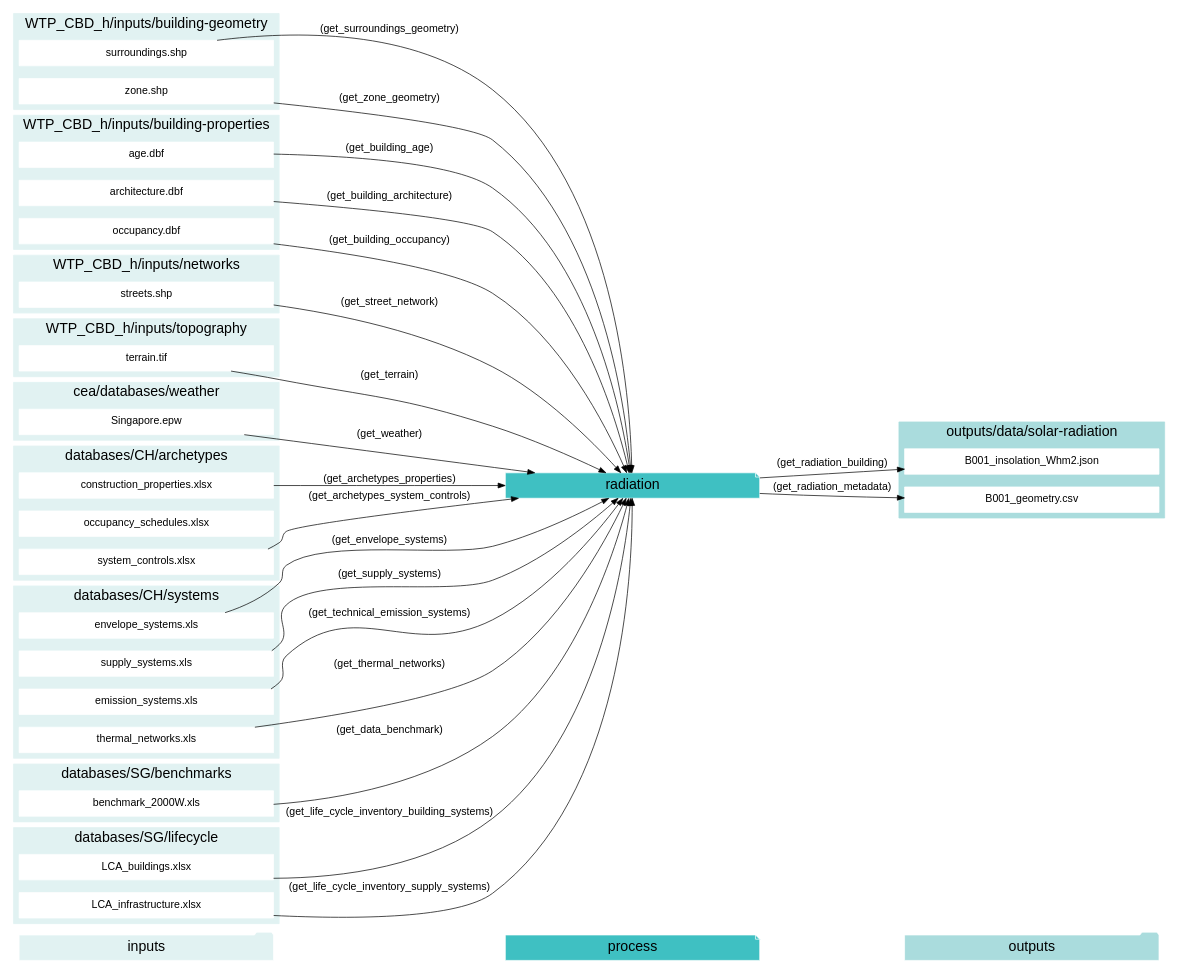
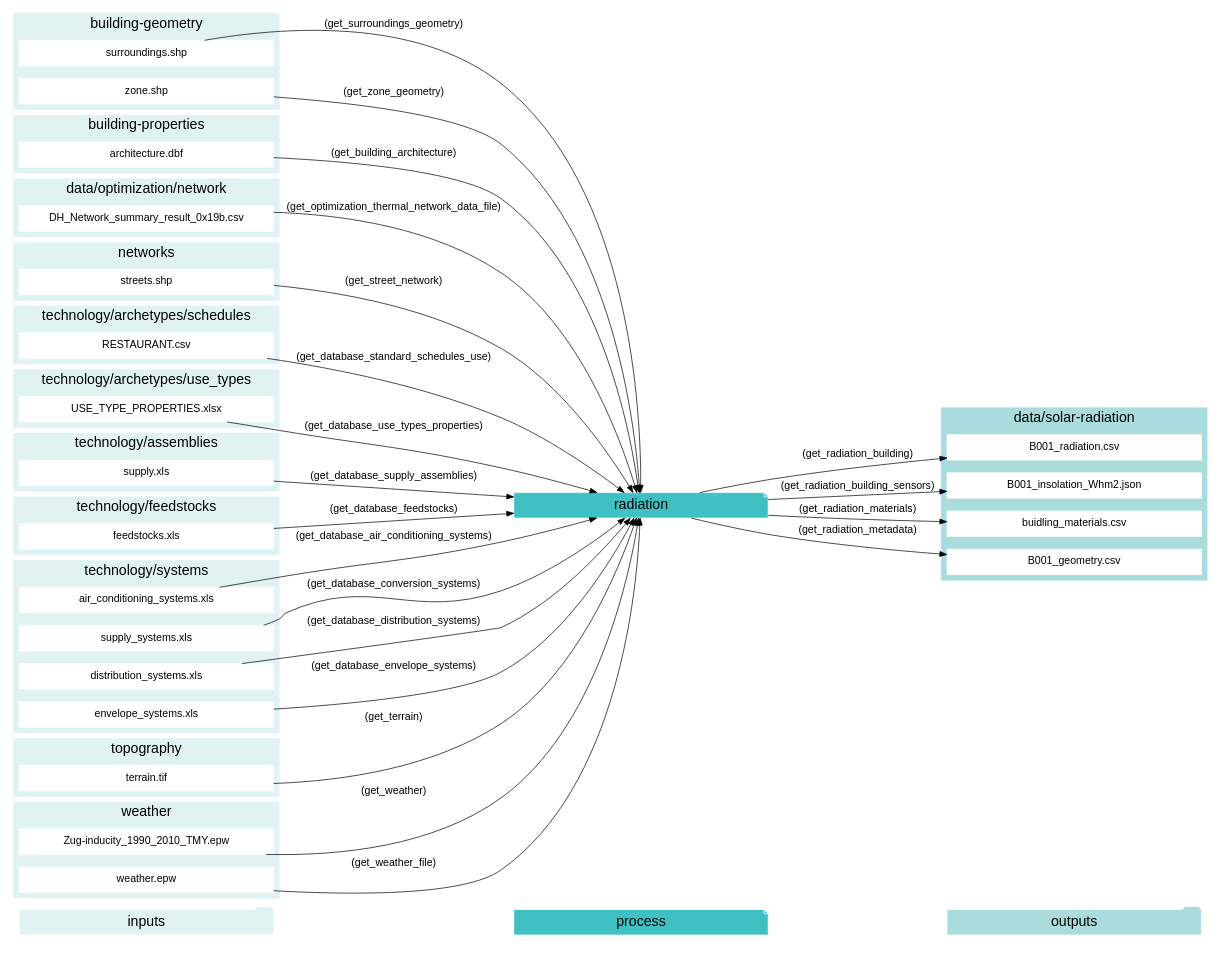
Before and after one commit to architecture-building-systems/CityEnergyAnalyst: diagram 19 of 20 in docs/script-data-flow.rst, drawn with Graphviz. The commit also changed other lines of this file and 24 other files, not shown here.

```diff
--- a/docs/script-data-flow.rst
+++ b/docs/script-data-flow.rst
@@ -1485,7 +2839,7 @@
         color = "#E1F2F2";
         fontsize = 20;
         rank=same;
-        label="WTP_CBD_h/inputs/building-geometry";
+        label="building-geometry";
         "surroundings.shp"
         "zone.shp"
     }
@@ -1494,99 +2848,114 @@
         color = "#E1F2F2";
         fontsize = 20;
         rank=same;
-        label="WTP_CBD_h/inputs/building-properties";
-        "age.dbf"
+        label="building-properties";
         "architecture.dbf"
-        "occupancy.dbf"
     }
     subgraph cluster_2_in {
         style = filled;
         color = "#E1F2F2";
         fontsize = 20;
         rank=same;
-        label="WTP_CBD_h/inputs/networks";
-        "streets.shp"
+        label="data/optimization/network";
+        "DH_Network_summary_result_0x19b.csv"
     }
-    subgraph cluster_3_in {
+    subgraph cluster_3_out {
         style = filled;
-        color = "#E1F2F2";
+        color = "#aadcdd";
         fontsize = 20;
         rank=same;
-        label="WTP_CBD_h/inputs/topography";
-        "terrain.tif"
+        label="data/solar-radiation";
+        "B001_radiation.csv"
+        "B001_insolation_Whm2.json"
+        "buidling_materials.csv"
+        "B001_geometry.csv"
     }
     subgraph cluster_4_in {
         style = filled;
         color = "#E1F2F2";
         fontsize = 20;
         rank=same;
-        label="cea/databases/weather";
-        "Singapore.epw"
+        label="networks";
+        "streets.shp"
     }
     subgraph cluster_5_in {
         style = filled;
         color = "#E1F2F2";
         fontsize = 20;
         rank=same;
-        label="databases/CH/archetypes";
-        "construction_properties.xlsx"
-        "occupancy_schedules.xlsx"
-        "system_controls.xlsx"
+        label="technology/archetypes/schedules";
+        "RESTAURANT.csv"
     }
     subgraph cluster_6_in {
         style = filled;
         color = "#E1F2F2";
         fontsize = 20;
         rank=same;
-        label="databases/CH/systems";
-        "envelope_systems.xls"
-        "supply_systems.xls"
-        "emission_systems.xls"
-        "thermal_networks.xls"
+        label="technology/archetypes/use_types";
+        "USE_TYPE_PROPERTIES.xlsx"
     }
     subgraph cluster_7_in {
         style = filled;
         color = "#E1F2F2";
         fontsize = 20;
         rank=same;
-        label="databases/SG/benchmarks";
-        "benchmark_2000W.xls"
+        label="technology/assemblies";
+        "supply.xls"
     }
     subgraph cluster_8_in {
         style = filled;
         color = "#E1F2F2";
         fontsize = 20;
         rank=same;
-        label="databases/SG/lifecycle";
-        "LCA_buildings.xlsx"
-        "LCA_infrastructure.xlsx"
+        label="technology/feedstocks";
+        "feedstocks.xls"
     }
-    subgraph cluster_9_out {
+    subgraph cluster_9_in {
         style = filled;
-        color = "#aadcdd";
+        color = "#E1F2F2";
         fontsize = 20;
         rank=same;
-        label="outputs/data/solar-radiation";
-        "B001_insolation_Whm2.json"
-        "B001_geometry.csv"
+        label="technology/systems";
+        "air_conditioning_systems.xls"
+        "supply_systems.xls"
+        "distribution_systems.xls"
+        "envelope_systems.xls"
     }
-    "construction_properties.xlsx" -> "radiation"[label="(get_archetypes_properties)"]
-    "system_controls.xlsx" -> "radiation"[label="(get_archetypes_system_controls)"]
-    "age.dbf" -> "radiation"[label="(get_building_age)"]
+    subgraph cluster_10_in {
+        style = filled;
+        color = "#E1F2F2";
+        fontsize = 20;
+        rank=same;
+        label="topography";
+        "terrain.tif"
+    }
+    subgraph cluster_11_in {
+        style = filled;
+        color = "#E1F2F2";
+        fontsize = 20;
+        rank=same;
+        label="weather";
+        "Zug-inducity_1990_2010_TMY.epw"
+        "weather.epw"
+    }
     "architecture.dbf" -> "radiation"[label="(get_building_architecture)"]
-    "occupancy.dbf" -> "radiation"[label="(get_building_occupancy)"]
-    "benchmark_2000W.xls" -> "radiation"[label="(get_data_benchmark)"]
+    "air_conditioning_systems.xls" -> "radiation"[label="(get_database_air_conditioning_systems)"]
+    "supply_systems.xls" -> "radiation"[label="(get_database_conversion_systems)"]
+    "distribution_systems.xls" -> "radiation"[label="(get_database_distribution_systems)"]
+    "envelope_systems.xls" -> "radiation"[label="(get_database_envelope_systems)"]
+    "feedstocks.xls" -> "radiation"[label="(get_database_feedstocks)"]
+    "RESTAURANT.csv" -> "radiation"[label="(get_database_standard_schedules_use)"]
+    "supply.xls" -> "radiation"[label="(get_database_supply_assemblies)"]
+    "USE_TYPE_PROPERTIES.xlsx" -> "radiation"[label="(get_database_use_types_properties)"]
+    "DH_Network_summary_result_0x19b.csv" -> "radiation"[label="(get_optimization_thermal_network_data_file)"]
+    "streets.shp" -> "radiation"[label="(get_street_network)"]
     "surroundings.shp" -> "radiation"[label="(get_surroundings_geometry)"]
-    "envelope_systems.xls" -> "radiation"[label="(get_envelope_systems)"]
-    "LCA_buildings.xlsx" -> "radiation"[label="(get_life_cycle_inventory_building_systems)"]
-    "LCA_infrastructure.xlsx" -> "radiation"[label="(get_life_cycle_inventory_supply_systems)"]
-    "streets.shp" -> "radiation"[label="(get_street_network)"]
-    "supply_systems.xls" -> "radiation"[label="(get_supply_systems)"]
-    "emission_systems.xls" -> "radiation"[label="(get_technical_emission_systems)"]
     "terrain.tif" -> "radiation"[label="(get_terrain)"]
-    "thermal_networks.xls" -> "radiation"[label="(get_thermal_networks)"]
-    "Singapore.epw" -> "radiation"[label="(get_weather)"]
+    "Zug-inducity_1990_2010_TMY.epw" -> "radiation"[label="(get_weather)"]
+    "weather.epw" -> "radiation"[label="(get_weather_file)"]
     "zone.shp" -> "radiation"[label="(get_zone_geometry)"]
-    "radiation" -> "B001_insolation_Whm2.json"[label="(get_radiation_building)"]
+    "radiation" -> "B001_radiation.csv"[label="(get_radiation_building)"]
+    "radiation" -> "B001_insolation_Whm2.json"[label="(get_radiation_building_sensors)"]
+    "radiation" -> "buidling_materials.csv"[label="(get_radiation_materials)"]
     "radiation" -> "B001_geometry.csv"[label="(get_radiation_metadata)"]
     }
```
